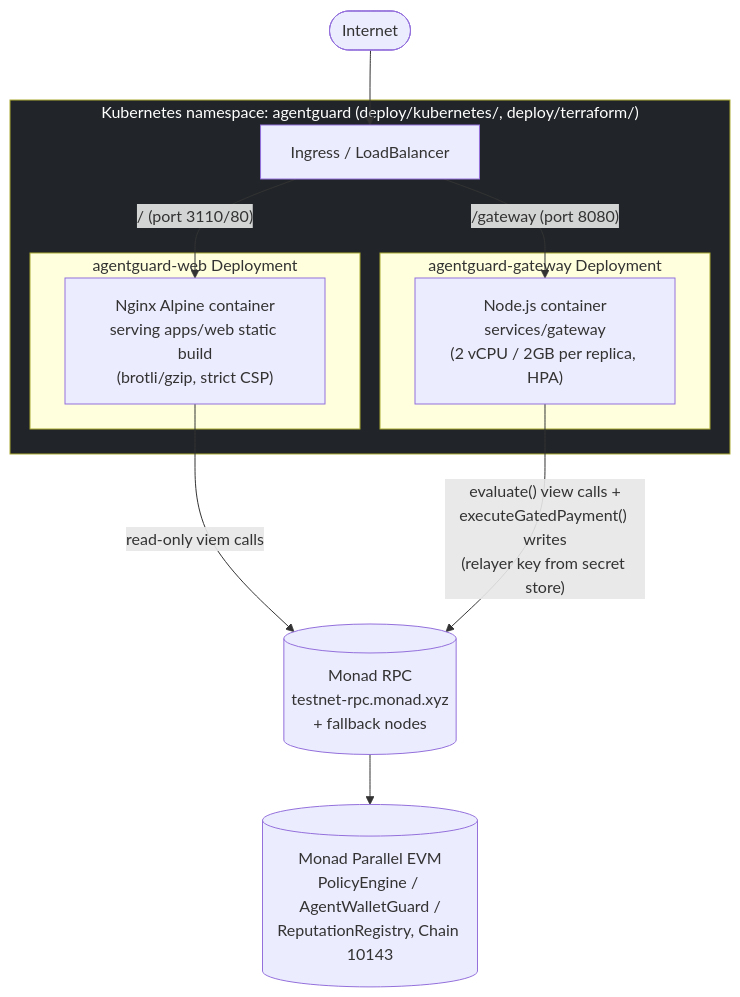
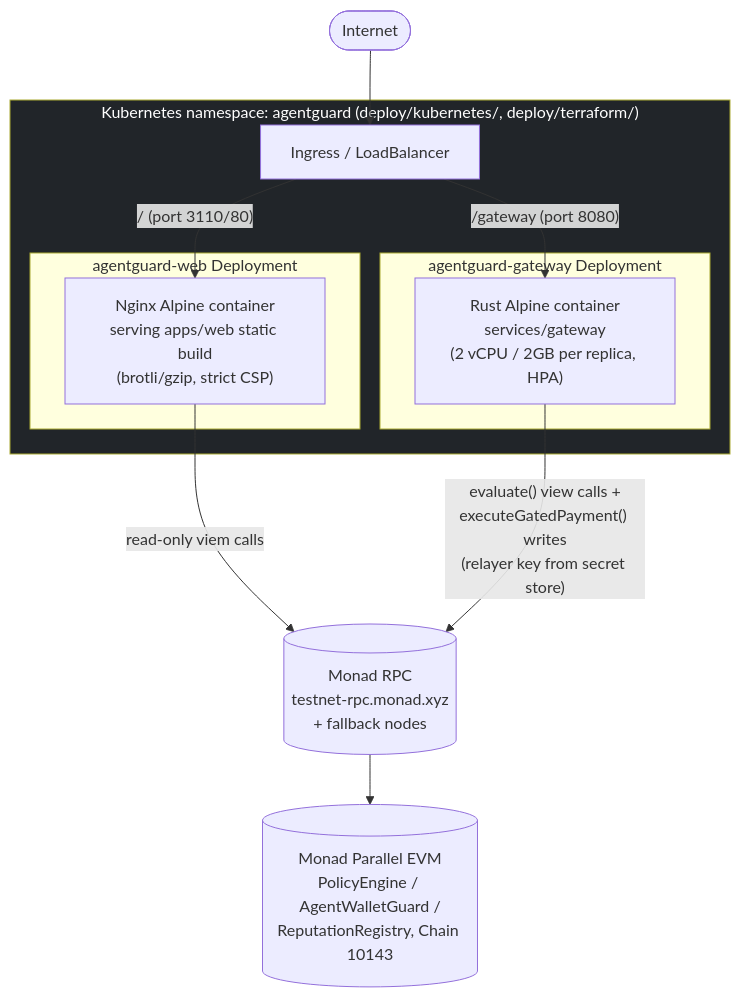
One commit to klyran-labs/metropolis changed the fourth of 4 diagrams in docs/ARCHITECTURE_DIAGRAMS.md. Above: the diagram before and after it, drawn with Mermaid. The commit also changed other lines of this file and 105 other files, not shown here.

Commit message:
Rust Gateway and OpenSigner integration

````diff
--- a/docs/ARCHITECTURE_DIAGRAMS.md
+++ b/docs/ARCHITECTURE_DIAGRAMS.md
@@ -130,29 +130,29 @@
 ```mermaid
 flowchart TB
     Internet(["Internet"])
 
     subgraph K8s["Kubernetes namespace: agentguard (deploy/kubernetes/, deploy/terraform/)"]
         Ingress["Ingress / LoadBalancer"]
 
         subgraph WebPods["agentguard-web Deployment"]
             WebPod["Nginx Alpine container<br/>serving apps/web static build<br/>(brotli/gzip, strict CSP)"]
         end
 
         subgraph GwPods["agentguard-gateway Deployment"]
-            GwPod["Node.js container<br/>services/gateway<br/>(2 vCPU / 2GB per replica, HPA)"]
+            GwPod["Rust Alpine container<br/>services/gateway<br/>(2 vCPU / 2GB per replica, HPA)"]
         end
     end
 
     RPC[("Monad RPC<br/>testnet-rpc.monad.xyz<br/>+ fallback nodes")]
     Chain[("Monad Parallel EVM<br/>PolicyEngine / AgentWalletGuard /<br/>ReputationRegistry, Chain 10143")]
 
     Internet --> Ingress
     Ingress -->|"/ (port 3110/80)"| WebPod
     Ingress -->|"/gateway (port 8080)"| GwPod
 
     WebPod -- "read-only viem calls" --> RPC
     GwPod -- "evaluate() view calls +<br/>executeGatedPayment() writes<br/>(relayer key from secret store)" --> RPC
     RPC --> Chain
 
     style K8s fill:#212529,color:#fff
 ```
````
